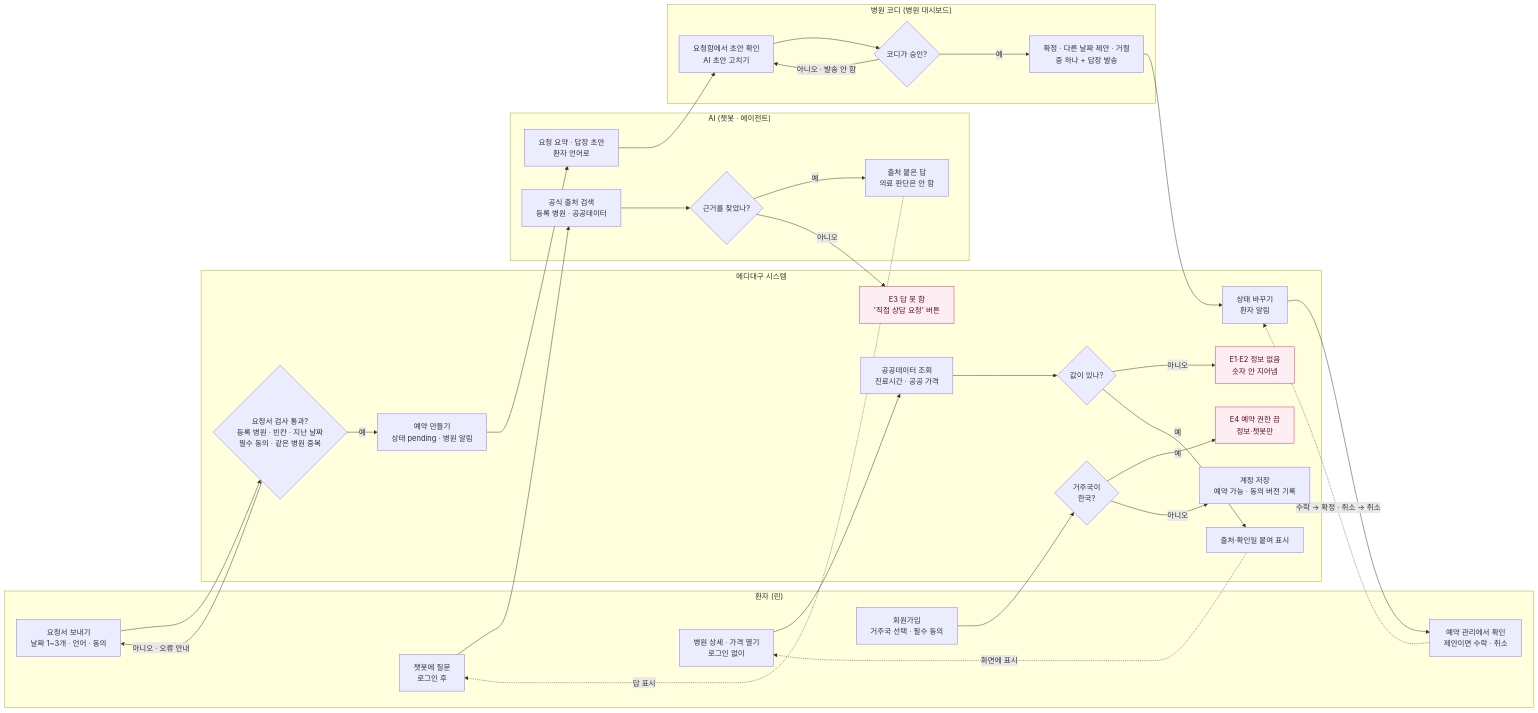
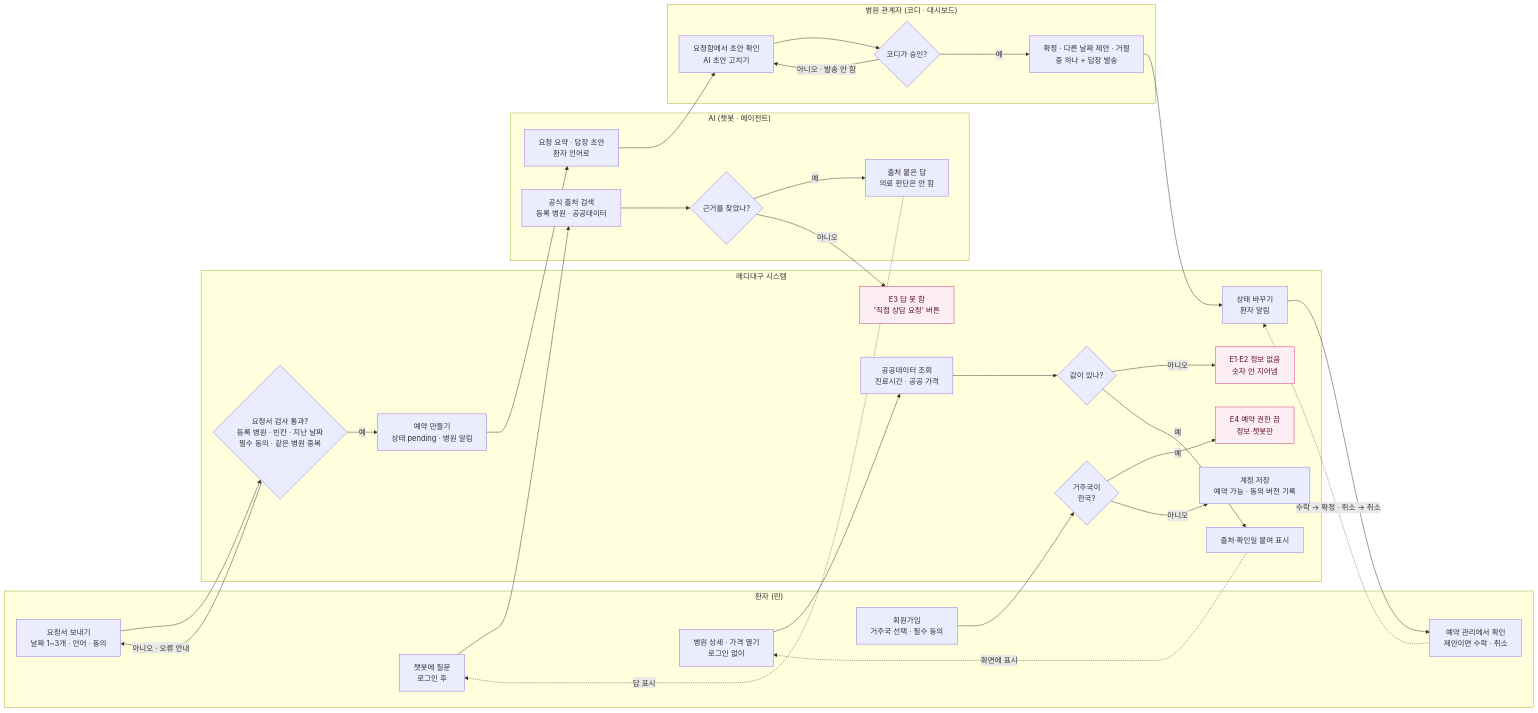
Before and after one commit to k-1026/AXA: the diagram in spec/processflow.md, drawn with Mermaid. The commit also changed other lines of this file and 1 other file, not shown here.

Commit message:
[update] 프로세스 플로우 행·열 바꿈 — 가로 = 단계(① 찾기 → ⑥ 결과), 세로 = 개입 층(환자·메디대구·AI·병원 관계자), 환자 줄 = 사용자 플로우

````diff
--- a/spec/processflow.md
+++ b/spec/processflow.md
@@ -6,56 +18,56 @@
 ```mermaid
 flowchart LR
     subgraph P["환자 (린)"]
         P1[회원가입<br/>거주국 선택 · 필수 동의]
         P2[병원 상세 · 가격 열기<br/>로그인 없이]
         P3[챗봇에 질문<br/>로그인 후]
         P4[요청서 보내기<br/>날짜 1~3개 · 언어 · 동의]
         P5[예약 관리에서 확인<br/>제안이면 수락 · 취소]
     end
     subgraph S["메디대구 시스템"]
         S1{거주국이<br/>한국?}
         S1E[E4 예약 권한 끔<br/>정보·챗봇만]
         S1Y[계정 저장<br/>예약 가능 · 동의 버전 기록]
         S2[공공데이터 조회<br/>진료시간 · 공공 가격]
         S2Q{값이 있나?}
         S2E[E1·E2 정보 없음<br/>숫자 안 지어냄]
         S2Y[출처·확인일 붙여 표시]
         S4{요청서 검사 통과?<br/>등록 병원 · 빈칸 · 지난 날짜<br/>필수 동의 · 같은 병원 중복}
         S4Y[예약 만들기<br/>상태 pending · 병원 알림]
         S6[상태 바꾸기<br/>환자 알림]
         S3E[E3 답 못 함<br/>'직접 상담 요청' 버튼]
     end
     subgraph A["AI (챗봇 · 에이전트)"]
         A1[공식 출처 검색<br/>등록 병원 · 공공데이터]
         A1Q{근거를 찾았나?}
         A1Y[출처 붙은 답<br/>의료 판단은 안 함]
         A2[요청 요약 · 답장 초안<br/>환자 언어로]
     end
-    subgraph H["병원 코디 (병원 대시보드)"]
+    subgraph H["병원 관계자 (코디 · 대시보드)"]
         H1[요청함에서 초안 확인<br/>AI 초안 고치기]
         H2{코디가 승인?}
         H3[확정 · 다른 날짜 제안 · 거절<br/>중 하나 + 답장 발송]
     end
 
     P1 --> S1
     S1 -->|예| S1E
     S1 -->|아니오| S1Y
     P2 --> S2 --> S2Q
     S2Q -->|아니오| S2E
     S2Q -->|예| S2Y
     S2Y -.->|화면에 표시| P2
     P3 --> A1 --> A1Q
     A1Q -->|예| A1Y
     A1Q -->|아니오| S3E
     A1Y -.->|답 표시| P3
     P4 --> S4
     S4 -->|아니오 · 오류 안내| P4
     S4 -->|예| S4Y --> A2 --> H1 --> H2
     H2 -->|아니오 · 발송 안 함| H1
     H2 -->|예| H3 --> S6 --> P5
     P5 -.->|수락 → 확정 · 취소 → 취소| S6
     S1E:::ex
     S2E:::ex
     S3E:::ex
     classDef ex fill:#fdeef3,stroke:#d6336c,color:#5c0f2a
 ```
````
